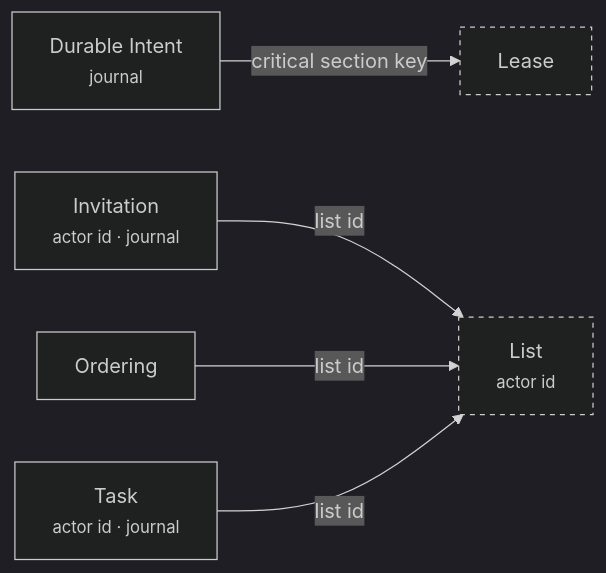
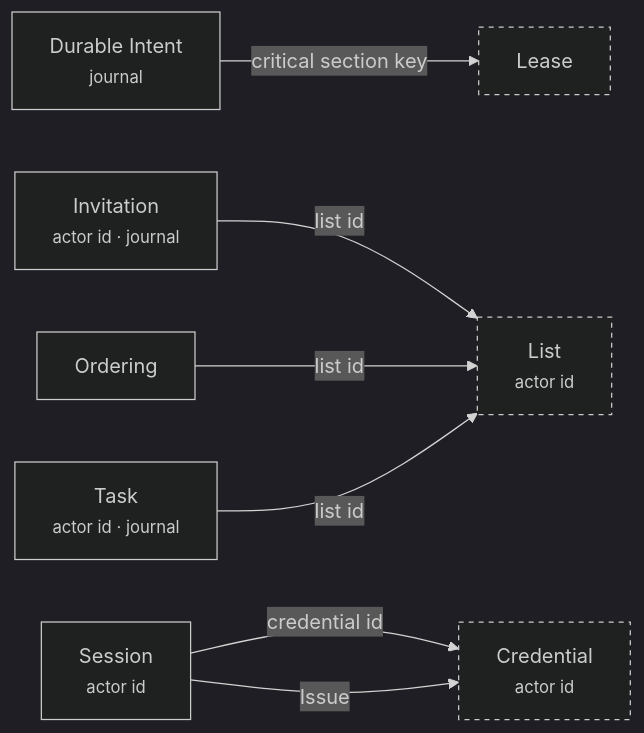
One commit to scottromack/grace-commons changed the third of 6 diagrams in library/graph.md. Above: the diagram before and after it, drawn with Mermaid. The commit also changed other lines of this file and 15 other files, not shown here.

````diff
--- a/library/graph.md
+++ b/library/graph.md
@@ -60,16 +60,20 @@
 ```mermaid
 %%{init: {"theme": "dark", "flowchart": {"htmlLabels": true}} }%%
 flowchart LR
   b1_durable_intent["Durable Intent<br/><small>journal</small>"]
   b1_invitation["Invitation<br/><small>actor id · journal</small>"]
   b1_ordering["Ordering"]
+  b1_session["Session<br/><small>actor id</small>"]
   b1_task["Task<br/><small>actor id · journal</small>"]
+  b1_credential["Credential<br/><small>actor id</small>"]
   b1_lease["Lease"]
   b1_list["List<br/><small>actor id</small>"]
-  class b1_lease,b1_list lower
+  class b1_credential,b1_lease,b1_list lower
   b1_durable_intent -->|"critical section key"| b1_lease
   b1_invitation -->|"list id"| b1_list
   b1_ordering -->|"list id"| b1_list
+  b1_session -->|"credential id"| b1_credential
+  b1_session -->|"Issue"| b1_credential
   b1_task -->|"list id"| b1_list
   classDef lower stroke-dasharray: 4 4
 ```
````
